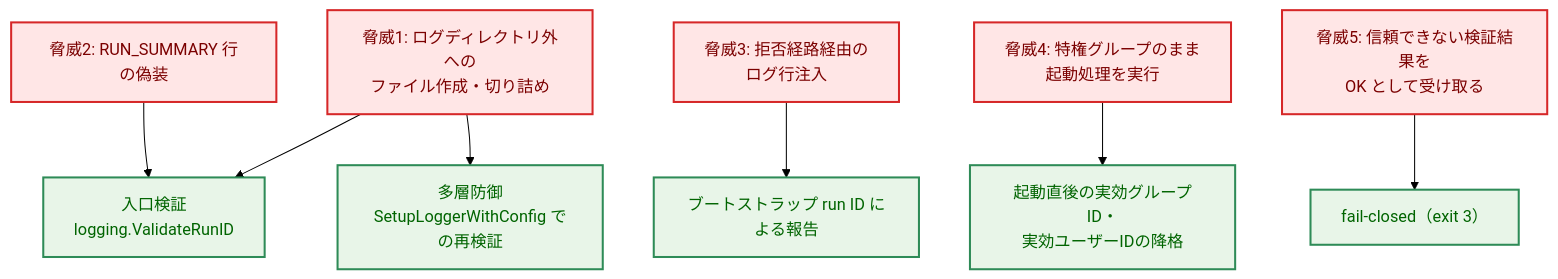
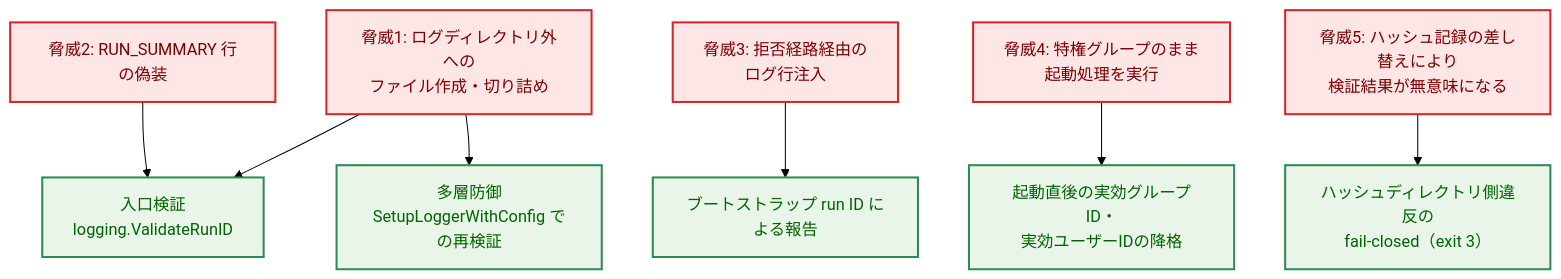
Before and after one commit to isseis/go-safe-cmd-runner: the eighth of 13 diagrams in docs/tasks/0162_entrypoint_runid_privilege_toctou_hardening/02_architecture.md, drawn with Mermaid (forest theme). The commit also changed other lines of this file and 1 other file, not shown here.

````diff
--- a/docs/tasks/0162_entrypoint_runid_privilege_toctou_hardening/02_architecture.md
+++ b/docs/tasks/0162_entrypoint_runid_privilege_toctou_hardening/02_architecture.md
@@ -611,27 +638,27 @@
 ```mermaid
 flowchart TD
     classDef enhanced fill:#e8f5e8,stroke:#2e8b57,stroke-width:2px,color:#006400;
     classDef problem fill:#ffe6e6,stroke:#d62728,stroke-width:2px,color:#7b0000;
 
     T1["脅威1: ログディレクトリ外への<br>ファイル作成・切り詰め"]
     T2["脅威2: RUN_SUMMARY 行の偽装"]
     T3["脅威3: 拒否経路経由の<br>ログ行注入"]
     T4["脅威4: 特権グループのまま<br>起動処理を実行"]
-    T5["脅威5: 信頼できない検証結果を<br>OK として受け取る"]
+    T5["脅威5: ハッシュ記録の差し替えにより<br>検証結果が無意味になる"]
 
     M1["入口検証<br>logging.ValidateRunID"]
     M2["多層防御<br>SetupLoggerWithConfig での再検証"]
     M3["ブートストラップ run ID による報告"]
     M4["起動直後の実効グループID・<br>実効ユーザーIDの降格"]
-    M5["fail-closed（exit 3）"]
+    M5["ハッシュディレクトリ側違反の<br>fail-closed（exit 3）"]
 
     T1 --> M1
     T1 --> M2
     T2 --> M1
     T3 --> M3
     T4 --> M4
     T5 --> M5
 
     class T1,T2,T3,T4,T5 problem
     class M1,M2,M3,M4,M5 enhanced
 ```
````
